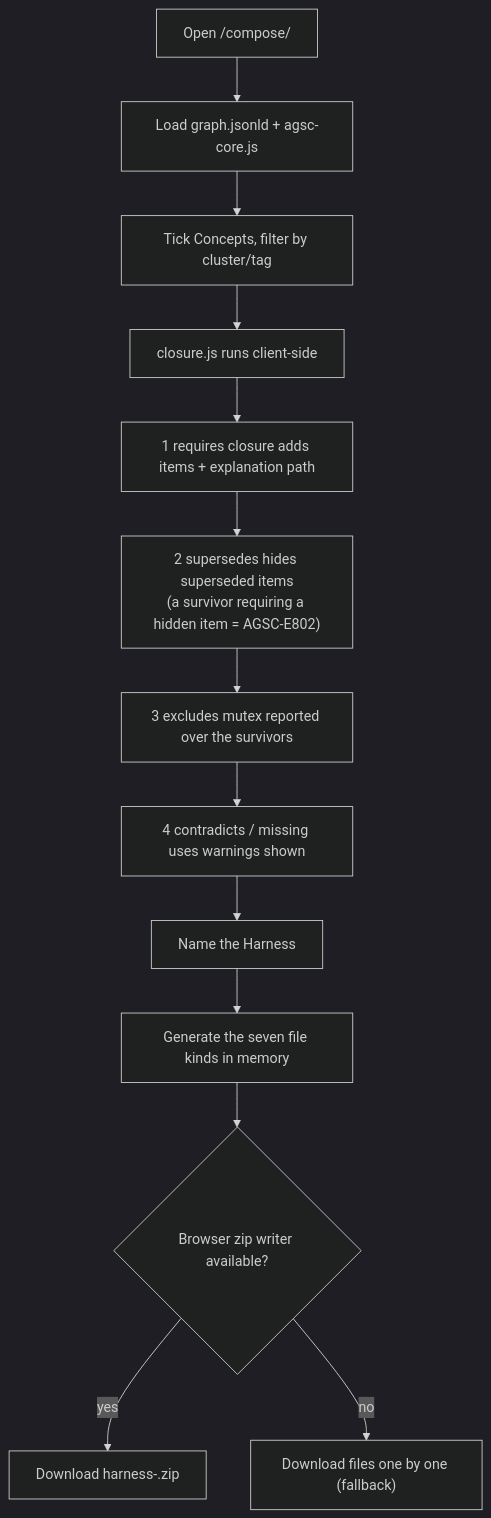
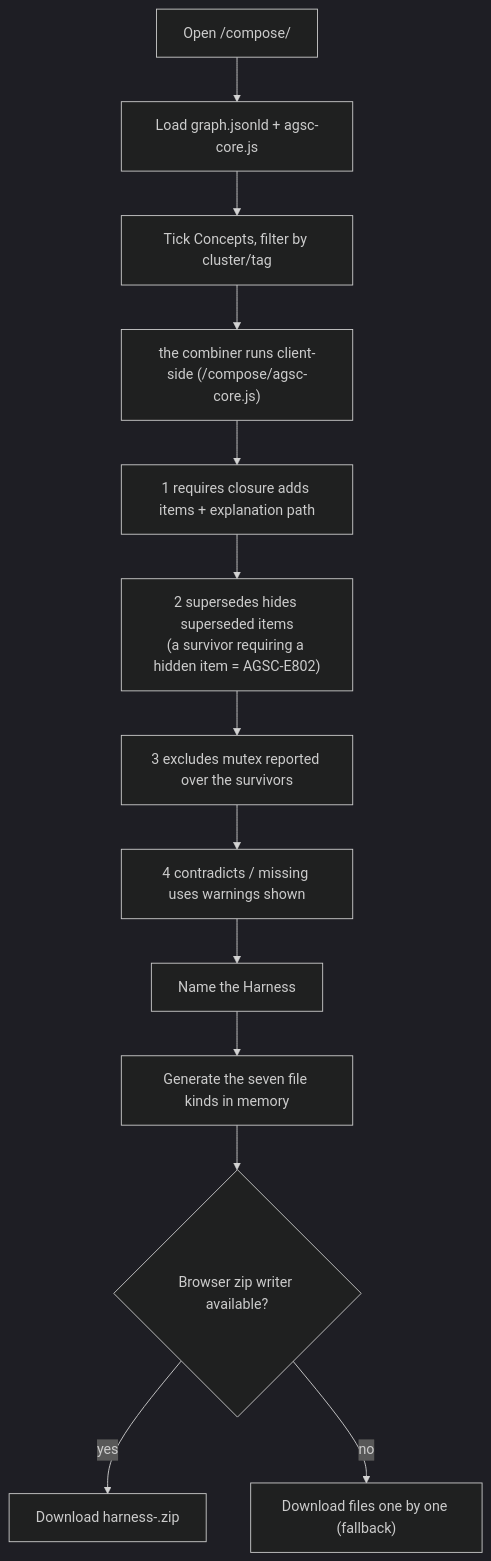
The third of 5 diagrams in docs/diagrams/user-flows.md (andreibesleaga/agentic-system-core), drawn with Mermaid (dark theme) before and after one commit. The commit also changed 30 other files, not shown here.

````diff
--- a/docs/diagrams/user-flows.md
+++ b/docs/diagrams/user-flows.md
@@ -41,15 +41,15 @@
 ```mermaid
 flowchart TD
   A["Open /compose/"] --> B["Load graph.jsonld + agsc-core.js"]
   B --> C["Tick Concepts, filter by cluster/tag"]
-  C --> D["closure.js runs client-side"]
+  C --> D["the combiner runs client-side (/compose/agsc-core.js)"]
   D --> E["1 requires closure adds items + explanation path"]
   E --> F["2 supersedes hides superseded items\n(a survivor requiring a hidden item = AGSC-E802)"]
   F --> G["3 excludes mutex reported over the survivors"]
   G --> H["4 contradicts / missing uses warnings shown"]
   H --> I["Name the Harness"]
   I --> J["Generate the seven file kinds in memory"]
   J --> K{"Browser zip writer available?"}
   K -- yes --> L["Download harness-<name>.zip"]
   K -- no --> M["Download files one by one (fallback)"]
 ```
````
